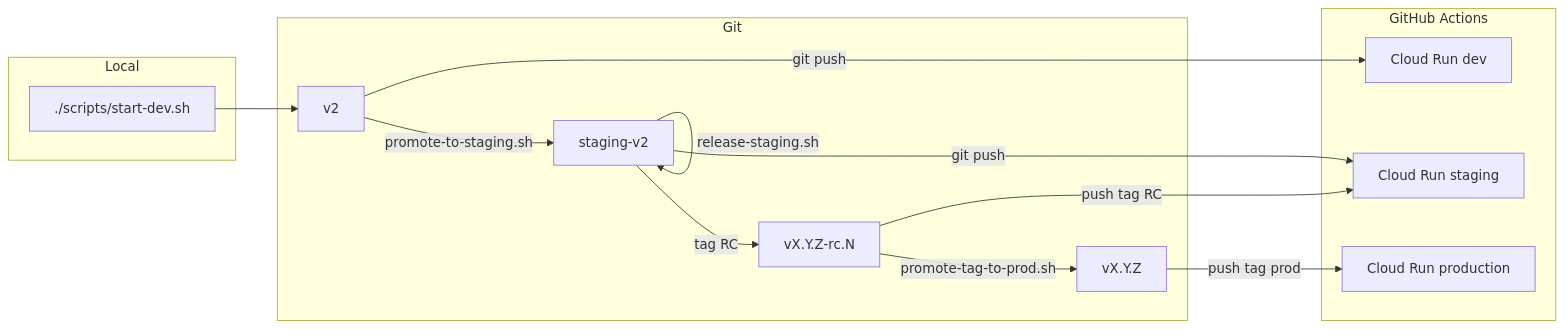
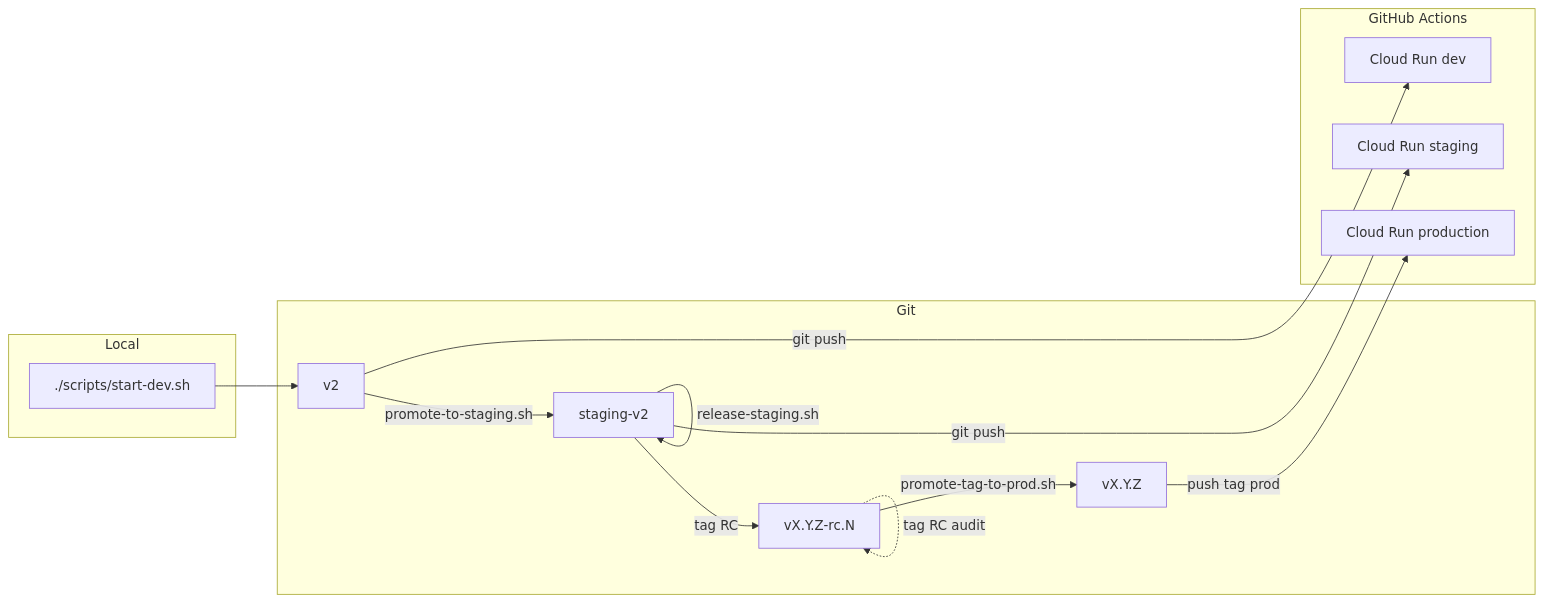
Before and after one commit to plamarque/hatcast: the diagram in docs/v2/technical/DEPLOYMENT_WORKFLOW.md, drawn with Mermaid. The commit also changed other lines of this file and 2 other files, not shown here.

First line of the commit message:
fix(ci): Green staging release — env file and no RC tag workflow

````diff
--- a/docs/v2/technical/DEPLOYMENT_WORKFLOW.md
+++ b/docs/v2/technical/DEPLOYMENT_WORKFLOW.md
@@ -7,26 +7,26 @@
 ```mermaid
 flowchart LR
   subgraph local [Local]
     DevLocal["./scripts/start-dev.sh"]
   end
   subgraph git [Git]
     V2[v2]
     STG[staging-v2]
     RC[vX.Y.Z-rc.N]
     REL[vX.Y.Z]
   end
   subgraph ci [GitHub Actions]
     CRdev[Cloud Run dev]
     CRstg[Cloud Run staging]
     CRprod[Cloud Run production]
   end
   DevLocal --> V2
   V2 -->|git push| CRdev
   V2 -->|promote-to-staging.sh| STG
   STG -->|git push| CRstg
   STG -->|release-staging.sh| STG
   STG -->|tag RC| RC
   RC -->|promote-tag-to-prod.sh| REL
-  RC -->|push tag RC| CRstg
+  RC -.->|tag RC audit| RC
   REL -->|push tag prod| CRprod
 ```
````
